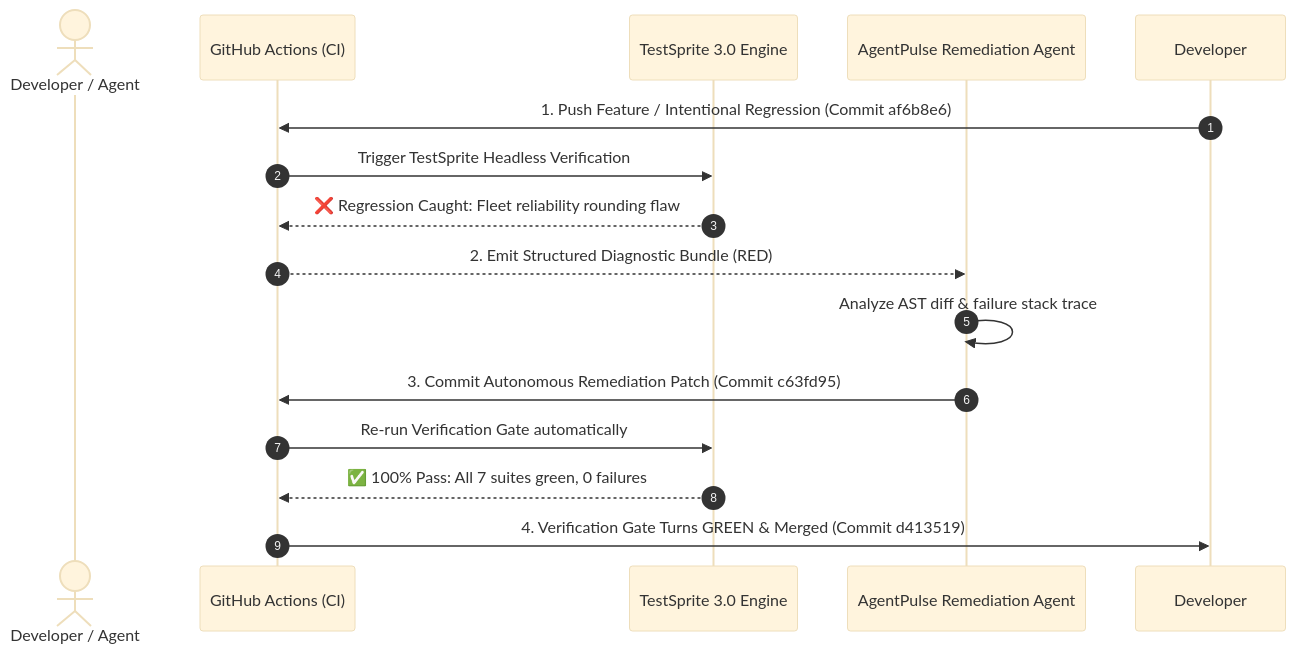
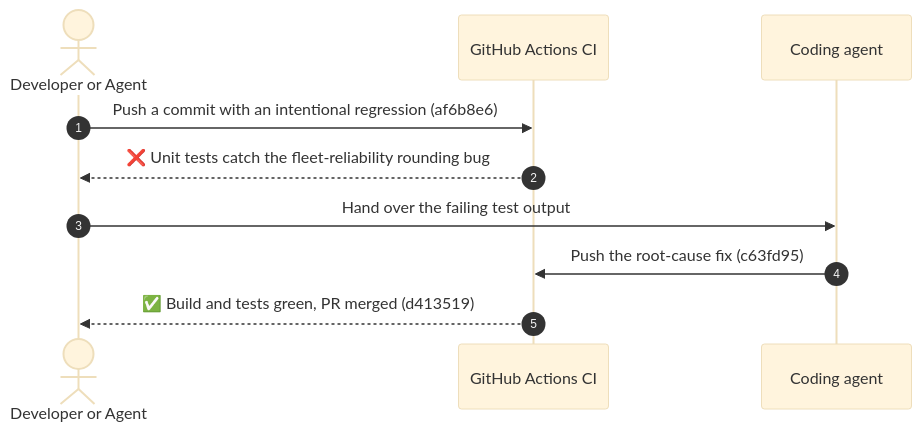
The diagram in README.md (naufalfx805-source/agentpulse), drawn with Mermaid (base theme) before and after one commit. The commit also changed other lines of this file and 3 other files, not shown here.

First line of the commit message:
fix(ci): honest CI naming and accurate TestSprite docs

````diff
--- a/README.md
+++ b/README.md
@@ -134,18 +109,13 @@
 ```mermaid
 sequenceDiagram
     autonumber
-    actor Developer / Agent
-    participant GitHub as GitHub Actions (CI)
-    participant TestSprite as TestSprite 3.0 Engine
-    participant SelfHealer as AgentPulse Remediation Agent
+    actor Dev as Developer or Agent
+    participant CI as GitHub Actions CI
+    participant Fixer as Coding agent
 
-    Developer->>GitHub: 1. Push Feature / Intentional Regression (Commit af6b8e6)
-    GitHub->>TestSprite: Trigger TestSprite Headless Verification
-    TestSprite-->>GitHub: ❌ Regression Caught: Fleet reliability rounding flaw
-    GitHub-->>SelfHealer: 2. Emit Structured Diagnostic Bundle (RED)
-    SelfHealer->>SelfHealer: Analyze AST diff & failure stack trace
-    SelfHealer->>GitHub: 3. Commit Autonomous Remediation Patch (Commit c63fd95)
-    GitHub->>TestSprite: Re-run Verification Gate automatically
-    TestSprite-->>GitHub: ✅ 100% Pass: All 7 suites green, 0 failures
-    GitHub->>Developer: 4. Verification Gate Turns GREEN & Merged (Commit d413519)
+    Dev->>CI: Push a commit with an intentional regression (af6b8e6)
+    CI-->>Dev: ❌ Unit tests catch the fleet-reliability rounding bug
+    Dev->>Fixer: Hand over the failing test output
+    Fixer->>CI: Push the root-cause fix (c63fd95)
+    CI-->>Dev: ✅ Build and tests green, PR merged (d413519)
 ```
````
